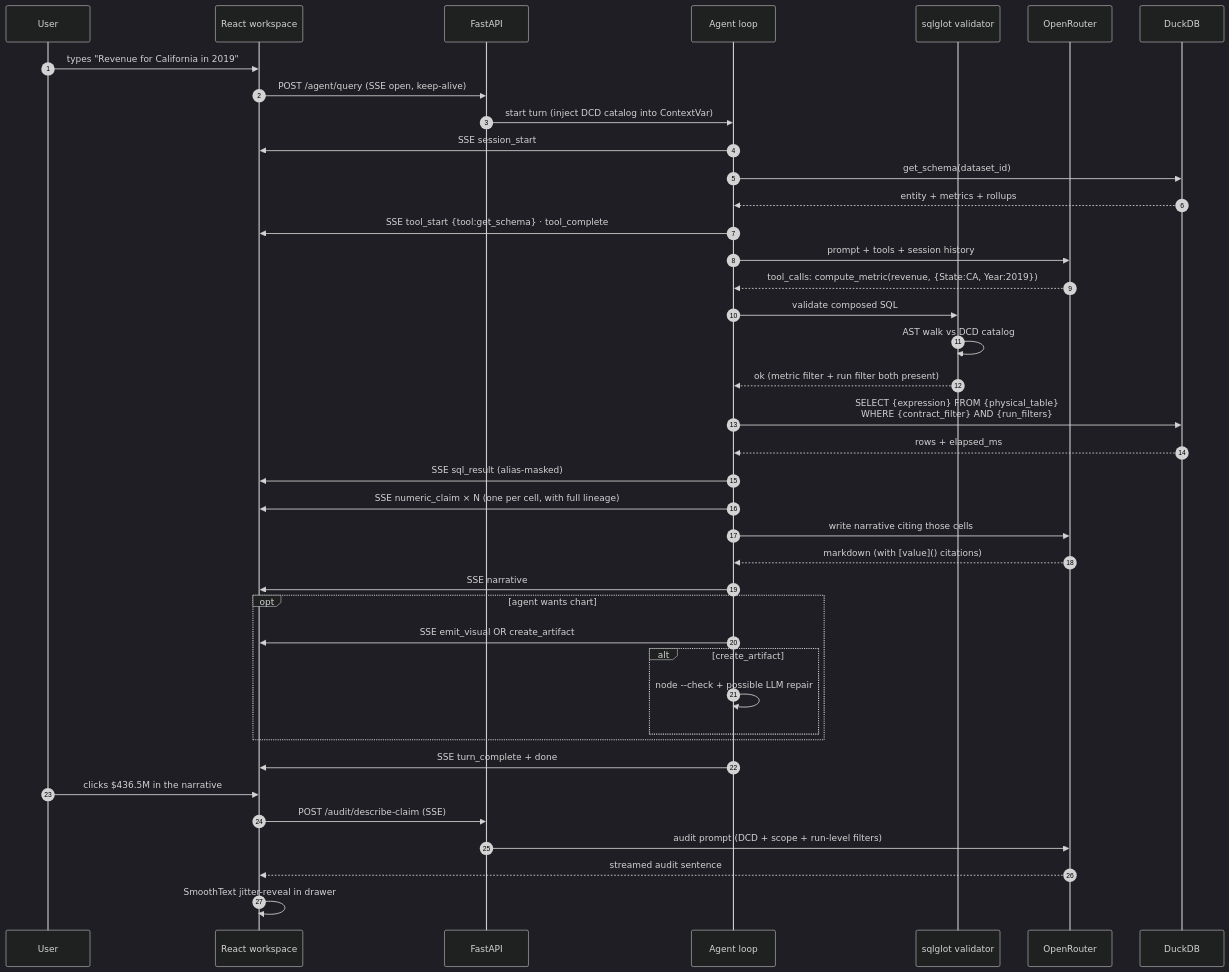
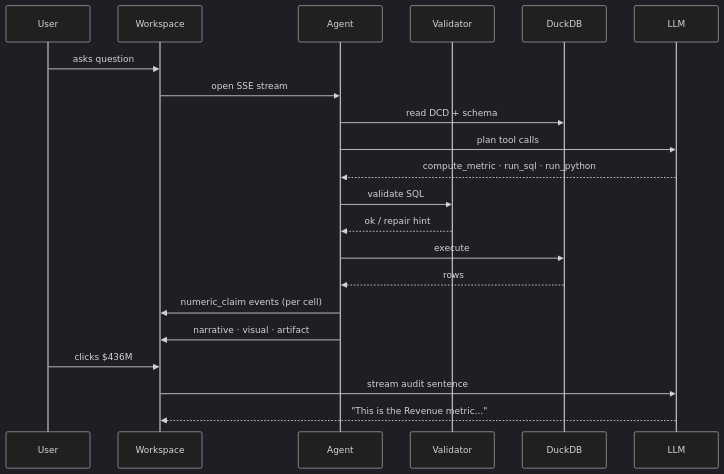
The fifth of 5 diagrams in README.md (hitakshiA/Manthan), drawn with Mermaid (dark theme) before and after one commit. The commit also changed other lines of this file, not shown here.

````diff
--- a/README.md
+++ b/README.md
@@ -588,43 +305,24 @@
 ```mermaid
 sequenceDiagram
-    autonumber
     participant U as User
-    participant FE as React workspace
-    participant API as FastAPI
-    participant Agent as Agent loop
-    participant Val as sqlglot validator
-    participant LLM as OpenRouter
+    participant FE as Workspace
+    participant A as Agent
+    participant V as Validator
     participant DB as DuckDB
+    participant LLM
 
-    U->>FE: types "Revenue for California in 2019"
-    FE->>API: POST /agent/query (SSE open, keep-alive)
-    API->>Agent: start turn (inject DCD catalog into ContextVar)
-    Agent->>FE: SSE session_start
-    Agent->>DB: get_schema(dataset_id)
-    DB-->>Agent: entity + metrics + rollups
-    Agent->>FE: SSE tool_start {tool:get_schema} · tool_complete
-    Agent->>LLM: prompt + tools + session history
-    LLM-->>Agent: tool_calls: compute_metric(revenue, {State:CA, Year:2019})
-    Agent->>Val: validate composed SQL
-    Val->>Val: AST walk vs DCD catalog
-    Val-->>Agent: ok (metric filter + run filter both present)
-    Agent->>DB: SELECT {expression} FROM {physical_table}<br/>WHERE {contract_filter} AND {run_filters}
-    DB-->>Agent: rows + elapsed_ms
-    Agent->>FE: SSE sql_result (alias-masked)
-    Agent->>FE: SSE numeric_claim × N (one per cell, with full lineage)
-    Agent->>LLM: write narrative citing those cells
-    LLM-->>Agent: markdown (with [value]() citations)
-    Agent->>FE: SSE narrative
-    opt agent wants chart
-        Agent->>FE: SSE emit_visual OR create_artifact
-        alt create_artifact
-            Agent->>Agent: node --check + possible LLM repair
-        end
-    end
-    Agent->>FE: SSE turn_complete + done
-    U->>FE: clicks $436.5M in the narrative
-    FE->>API: POST /audit/describe-claim (SSE)
-    API->>LLM: audit prompt (DCD + scope + run-level filters)
-    LLM-->>FE: streamed audit sentence
-    FE->>FE: SmoothText jitter-reveal in drawer
+    U->>FE: asks question
+    FE->>A: open SSE stream
+    A->>DB: read DCD + schema
+    A->>LLM: plan tool calls
+    LLM-->>A: compute_metric · run_sql · run_python
+    A->>V: validate SQL
+    V-->>A: ok / repair hint
+    A->>DB: execute
+    DB-->>A: rows
+    A->>FE: numeric_claim events (per cell)
+    A->>FE: narrative · visual · artifact
+    U->>FE: clicks $436M
+    FE->>LLM: stream audit sentence
+    LLM-->>FE: "This is the Revenue metric..."
 ```
````
